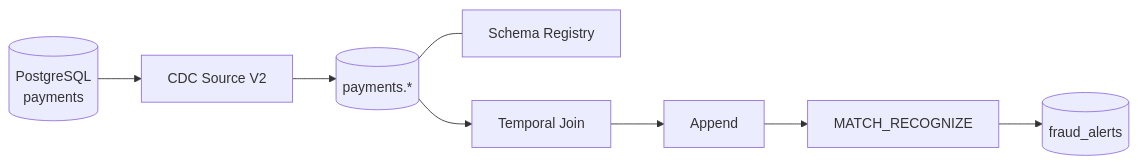
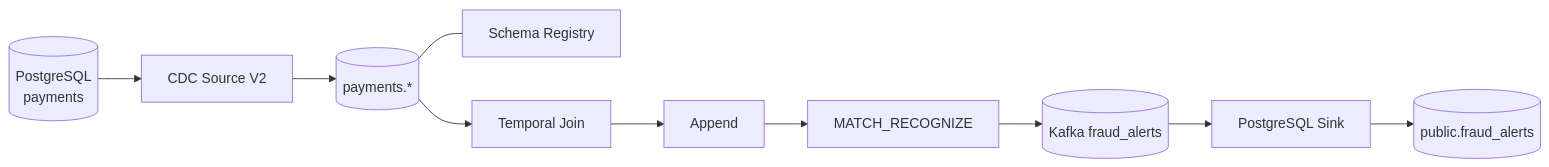
The diagram in docs/arquitetura.md (josearodrigues/dio-confluent-pipeline), drawn with Mermaid before and after one commit. The commit also changed other lines of this file, not shown here.

Commit message:
Atualiza arquitetura com persistência PostgreSQL Sink

````diff
--- a/docs/arquitetura.md
+++ b/docs/arquitetura.md
@@ -7,14 +7,16 @@
 ```mermaid
 flowchart LR
   DB[(PostgreSQL<br/>payments)]
   SRC[CDC Source V2]
   TOPICS[(payments.*)]
   SR[Schema Registry]
   ENR[Temporal Join]
   APP[Append]
   FRAUD[MATCH_RECOGNIZE]
-  ALERT[(fraud_alerts)]
+  ALERT[(Kafka fraud_alerts)]
+  SINK[PostgreSQL Sink]
+  DEST[(public.fraud_alerts)]
   DB --> SRC --> TOPICS
   TOPICS --- SR
-  TOPICS --> ENR --> APP --> FRAUD --> ALERT
+  TOPICS --> ENR --> APP --> FRAUD --> ALERT --> SINK --> DEST
 ```
````
